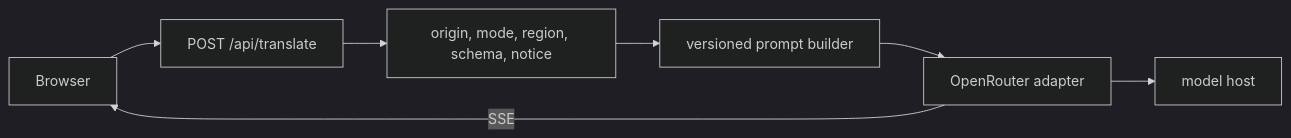
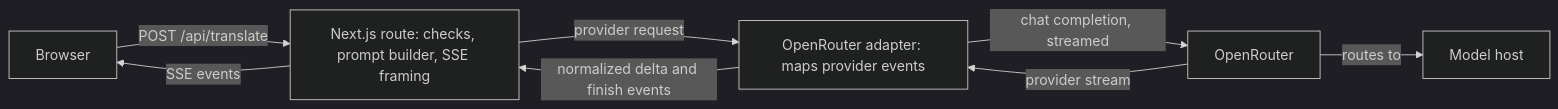
The diagram in docs/case-study.md (edumarcano/mimus), drawn with Mermaid (dark theme) before and after one commit. The commit also changed other lines of this file and 1 other file, not shown here.

Commit message:
docs: correct request and streaming diagrams, privacy wording, README header

````diff
--- a/docs/case-study.md
+++ b/docs/case-study.md
@@ -24,9 +24,10 @@
 ```mermaid
 flowchart LR
-  Browser --> Route["POST /api/translate"]
-  Route --> Checks["origin, mode, region, schema, notice"]
-  Checks --> Prompt["versioned prompt builder"]
-  Prompt --> Adapter["OpenRouter adapter"]
-  Adapter --> Host["model host"]
-  Adapter -->|"SSE"| Browser
+  Browser -->|"POST /api/translate"| Route["Next.js route: checks, prompt builder, SSE framing"]
+  Route -->|"provider request"| Adapter["OpenRouter adapter: maps provider events"]
+  Adapter -->|"chat completion, streamed"| OpenRouter["OpenRouter"]
+  OpenRouter -->|"routes to"| Host["Model host"]
+  OpenRouter -->|"provider stream"| Adapter
+  Adapter -->|"normalized delta and finish events"| Route
+  Route -->|"SSE events"| Browser
 ```
````
